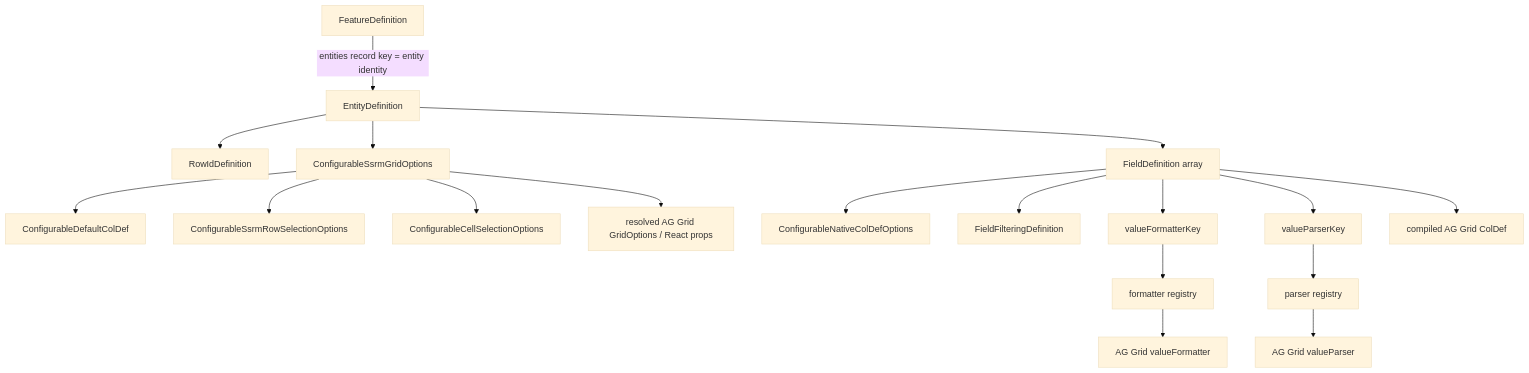
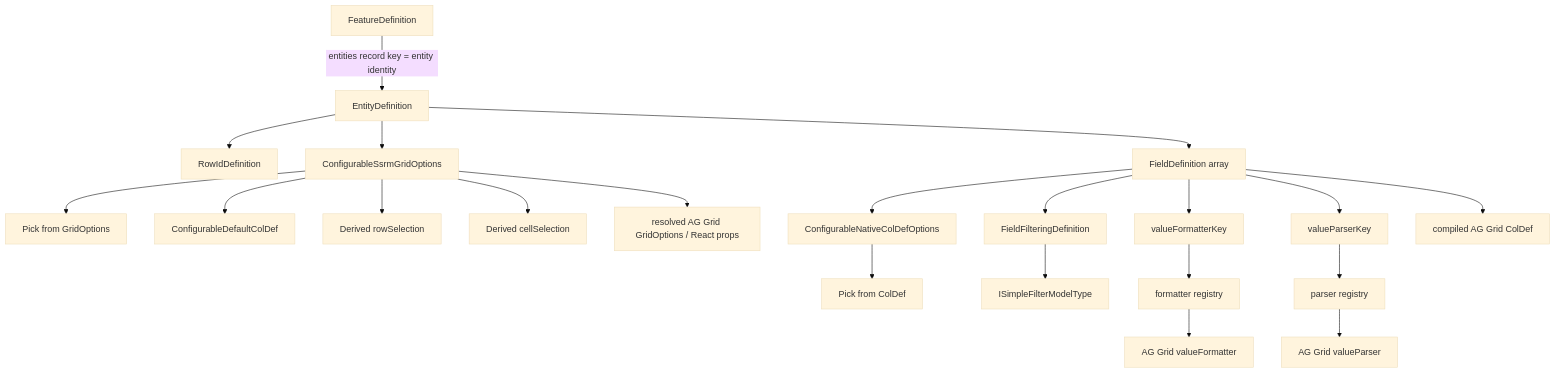
One commit to deepanshu-ahuja/aggrid-infinite-ssrm changed the diagram in docs/configurable-feature/type-hierarchy.md. Above: the diagram before and after it, drawn with Mermaid (base theme). The commit also changed other lines of this file, not shown here.

Commit message:
docs: show ag grid utility type derivation

````diff
--- a/docs/configurable-feature/type-hierarchy.md
+++ b/docs/configurable-feature/type-hierarchy.md
@@ -71,20 +61,23 @@
 ```mermaid
 flowchart TD
     F[FeatureDefinition] -->|entities record key = entity identity| E[EntityDefinition]
     E --> R[RowIdDefinition]
     E --> GO[ConfigurableSsrmGridOptions]
+    GO --> GP[Pick from GridOptions]
     GO --> D[ConfigurableDefaultColDef]
-    GO --> RS[ConfigurableSsrmRowSelectionOptions]
-    GO --> CS[ConfigurableCellSelectionOptions]
+    GO --> RS[Derived rowSelection]
+    GO --> CS[Derived cellSelection]
     E --> FD[FieldDefinition array]
     FD --> N[ConfigurableNativeColDefOptions]
+    N --> CP[Pick from ColDef]
     FD --> FIL[FieldFilteringDefinition]
+    FIL --> SFM[ISimpleFilterModelType]
     FD --> FMT[valueFormatterKey]
     FD --> PAR[valueParserKey]
     FMT --> FR[formatter registry]
     PAR --> PR[parser registry]
     FR --> VF[AG Grid valueFormatter]
     PR --> VP[AG Grid valueParser]
     FD --> CD[compiled AG Grid ColDef]
     GO --> GRID[resolved AG Grid GridOptions / React props]
 ```
````
